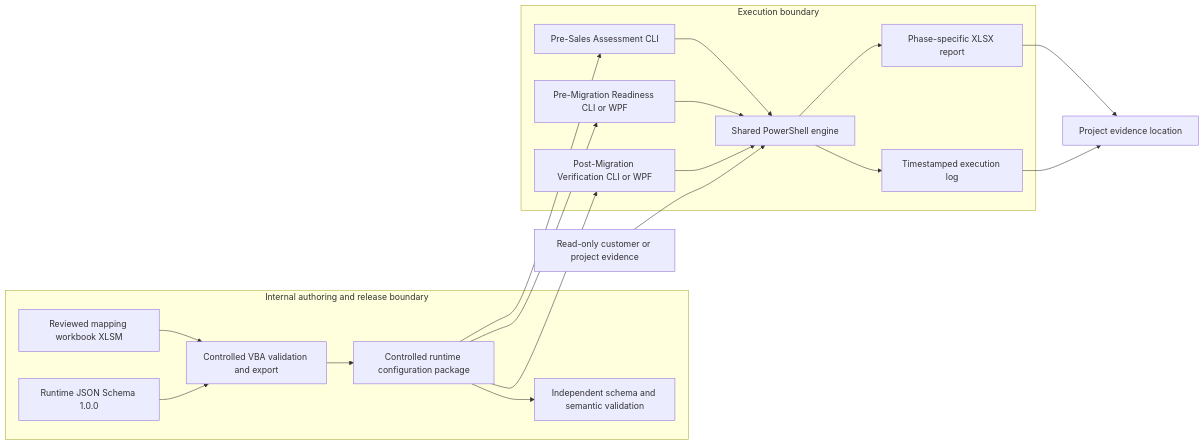
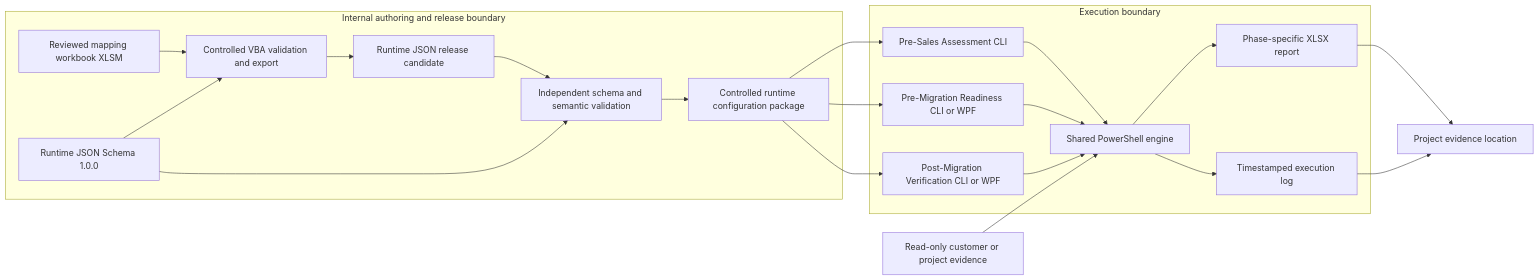
Before and after one commit to MightyM-ouse/eMAS: the first of 2 diagrams in docs/architecture/eMAS_Solution_Architecture.md, drawn with Mermaid.

Commit message:
Correct controlled runtime configuration release flow

````diff
--- a/docs/architecture/eMAS_Solution_Architecture.md
+++ b/docs/architecture/eMAS_Solution_Architecture.md
@@ -33,35 +33,38 @@
 ```mermaid
 flowchart LR
     subgraph INTERNAL[Internal authoring and release boundary]
         XLSM[Reviewed mapping workbook XLSM]
         VBA[Controlled VBA validation and export]
         SCHEMA[Runtime JSON Schema 1.0.0]
+        CANDIDATE[Runtime JSON release candidate]
         CI[Independent schema and semantic validation]
         RELEASE[Controlled runtime configuration package]
         XLSM --> VBA
         SCHEMA --> VBA
-        VBA --> RELEASE
-        RELEASE --> CI
+        SCHEMA --> CI
+        VBA --> CANDIDATE
+        CANDIDATE --> CI
+        CI --> RELEASE
     end
 
     subgraph RUNTIME[Execution boundary]
         PS[Pre-Sales Assessment CLI]
         PM[Pre-Migration Readiness CLI or WPF]
         PO[Post-Migration Verification CLI or WPF]
         ENGINE[Shared PowerShell engine]
         REPORT[Phase-specific XLSX report]
         LOG[Timestamped execution log]
         PS --> ENGINE
         PM --> ENGINE
         PO --> ENGINE
         ENGINE --> REPORT
         ENGINE --> LOG
     end
 
     RELEASE --> PS
     RELEASE --> PM
     RELEASE --> PO
     SOURCE[Read-only customer or project evidence] --> ENGINE
     REPORT --> EVIDENCE[Project evidence location]
     LOG --> EVIDENCE
 ```
````
